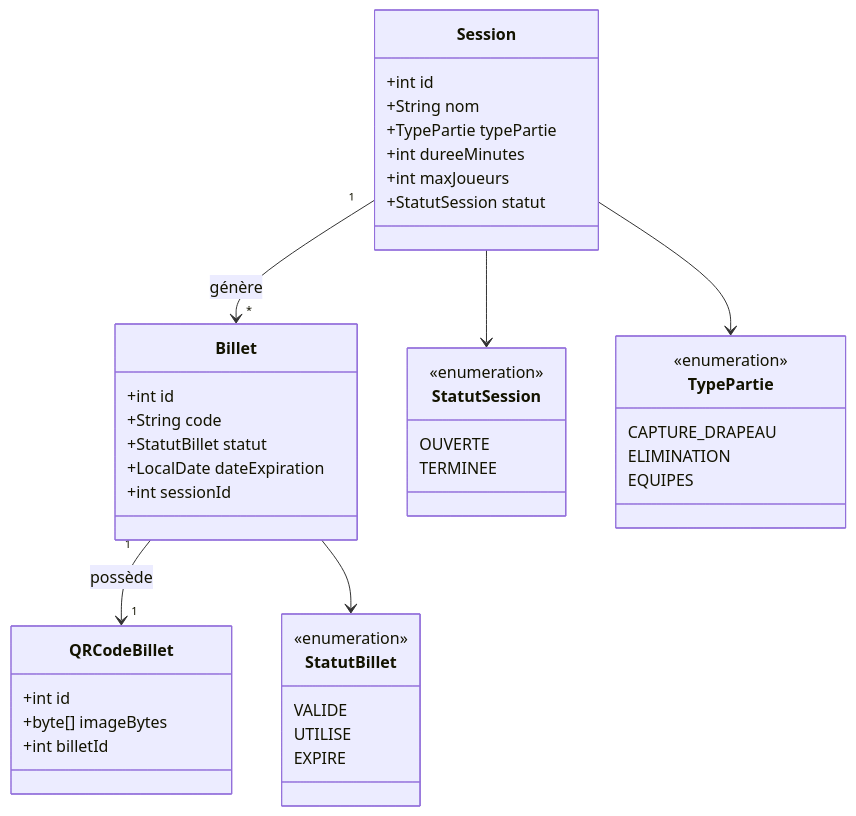
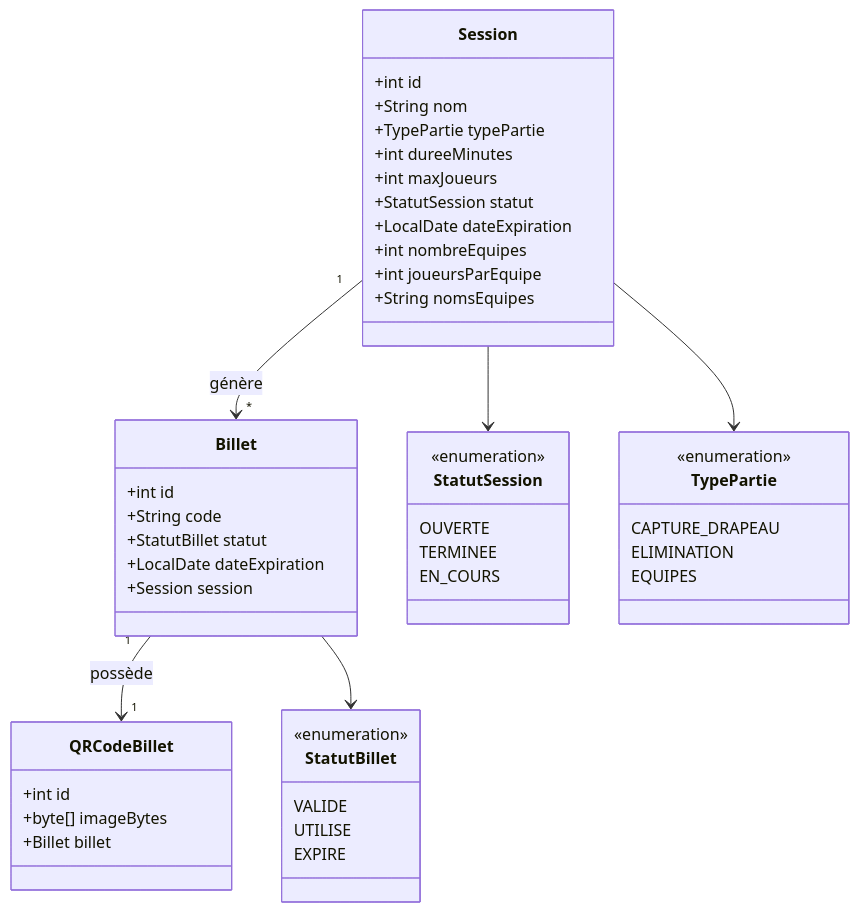
Before and after one commit to veon-mc/laserarena: the diagram in README.md, drawn with Mermaid.

Commit message:
Update file README.md

````diff
--- a/README.md
+++ b/README.md
@@ -21,45 +21,50 @@
 ```mermaid
 classDiagram
   class Session {
     +int id
     +String nom
     +TypePartie typePartie
     +int dureeMinutes
     +int maxJoueurs
     +StatutSession statut
+    +LocalDate dateExpiration
+    +int nombreEquipes
+    +int joueursParEquipe
+    +String nomsEquipes
   }
   class Billet {
     +int id
     +String code
     +StatutBillet statut
     +LocalDate dateExpiration
-    +int sessionId
+    +Session session
   }
   class QRCodeBillet {
     +int id
     +byte[] imageBytes
-    +int billetId
+    +Billet billet
   }
   class StatutSession {
     <<enumeration>>
     OUVERTE
     TERMINEE
+    EN_COURS
   }
   class StatutBillet {
     <<enumeration>>
     VALIDE
     UTILISE
     EXPIRE
   }
   class TypePartie {
     <<enumeration>>
     CAPTURE_DRAPEAU
     ELIMINATION
     EQUIPES
   }
   Session "1" --> "*" Billet : génère
   Billet "1" --> "1" QRCodeBillet : possède
   Session --> StatutSession
   Session --> TypePartie
   Billet --> StatutBillet
 ```
````
